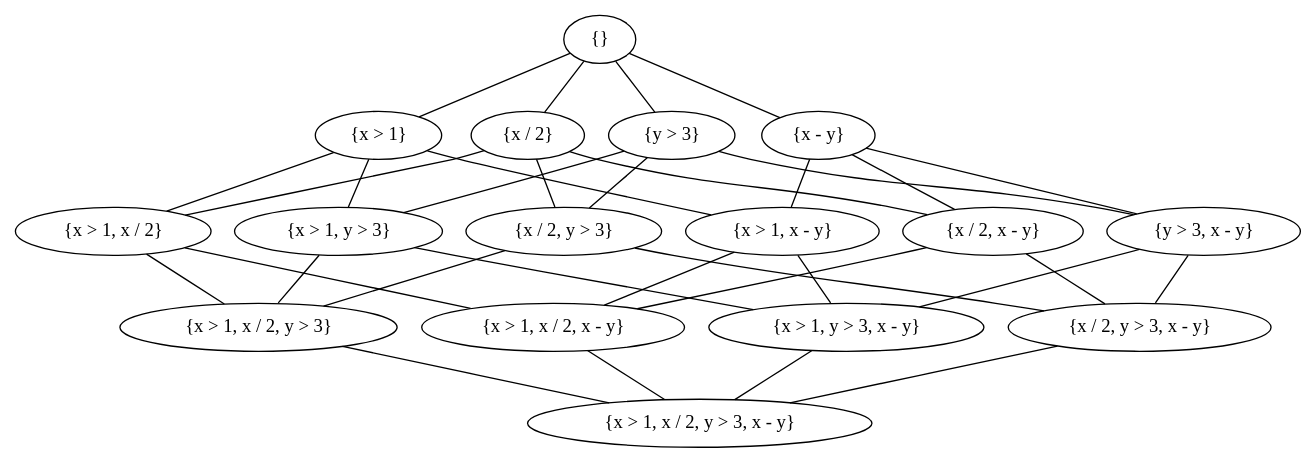
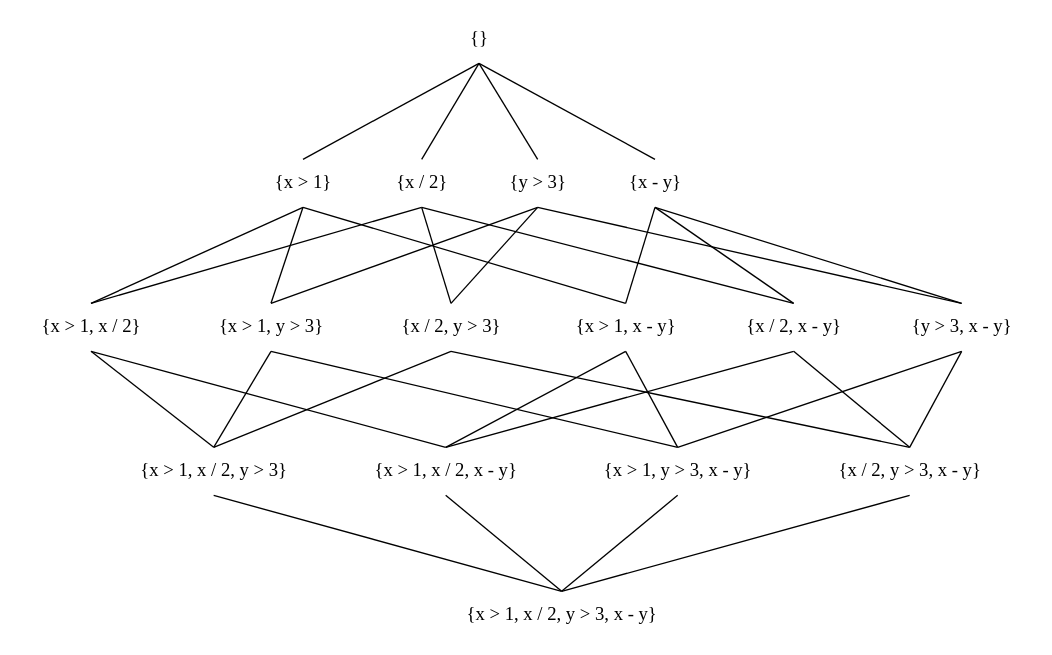
One commit to SW10IoT/report changed the diagram in figures/dot_files/lattice_example.dot. Above: the diagram before and after it, drawn with Graphviz. The commit also changed 1 other file, not shown here.

Commit message:
Fixed lattice - så stefan er glad

```diff
--- a/figures/dot_files/lattice_example.dot
+++ b/figures/dot_files/lattice_example.dot
@@ -1,39 +1,42 @@
 graph name {
+	graph [ranksep=1, splines=line];
+	node [shape="none"];
+		
 	root [label="{}"];
 
 	e1 [label="{x > 1}"];
 	e2 [label="{x / 2}"];
 	e3 [label="{y > 3}"];
 	e4 [label="{x - y}"];
 
 	e1e2 [label="{x > 1, x / 2}"];
 	e1e3 [label="{x > 1, y > 3}"];
 	e1e4 [label="{x > 1, x - y}"];
 	e2e3 [label="{x / 2, y > 3}"];
 	e2e4 [label="{x / 2, x - y}"];
 	e3e4 [label="{y > 3, x - y}"];
 
 	e1e2e3 [label="{x > 1, x / 2, y > 3}"];
 	e1e2e4 [label="{x > 1, x / 2, x - y}"];
 	e1e3e4 [label="{x > 1, y > 3, x - y}"];
 	e2e3e4 [label="{x / 2, y > 3, x - y}"];
 
 	e1e2e3e4 [label="{x > 1, x / 2, y > 3, x - y}"];
 
 
-	root -- e1, e2, e3, e4;
-	e1 -- e1e2, e1e3, e1e4;
-	e2 -- e1e2, e2e3, e2e4;
-	e3 -- e1e3, e2e3, e3e4;
-	e4 -- e1e4, e2e4, e3e4;
-	e1e2 -- e1e2e3, e1e2e4;
-	e1e3 -- e1e2e3, e1e3e4;
-	e1e4 -- e1e2e4, e1e3e4;
-	e2e3 -- e1e2e3, e2e3e4;
-	e2e4 -- e1e2e4, e2e3e4;
-	e3e4 -- e1e3e4, e2e3e4;
-	e1e2e3 -- e1e2e3e4;
-	e1e2e4 -- e1e2e3e4;
-	e1e3e4 -- e1e2e3e4;
-	e2e3e4 -- e1e2e3e4;	
+	root:s -- e1:n, e2:n, e3:n, e4:n;
+	e1:s -- e1e2:n, e1e3:n, e1e4:n;
+	e2:s -- e1e2:n, e2e3:n, e2e4:n;
+	e3:s -- e1e3:n, e2e3:n, e3e4:n;
+	e4:s -- e1e4:n, e2e4:n, e3e4:n;
+	e1e2:s -- e1e2e3:n, e1e2e4:n;
+	e1e3:s -- e1e2e3:n, e1e3e4:n;
+	e1e4:s -- e1e2e4:n, e1e3e4:n;
+	e2e3:s -- e1e2e3:n, e2e3e4:n;
+	e2e4:s -- e1e2e4:n, e2e3e4:n;
+	e3e4:s -- e1e3e4:n, e2e3e4:n;
+	e1e2e3:s -- e1e2e3e4:n;
+	e1e2e4:s -- e1e2e3e4:n;
+	e1e3e4:s -- e1e2e3e4:n;
+	e2e3e4:s -- e1e2e3e4:n;	
 	}
```
